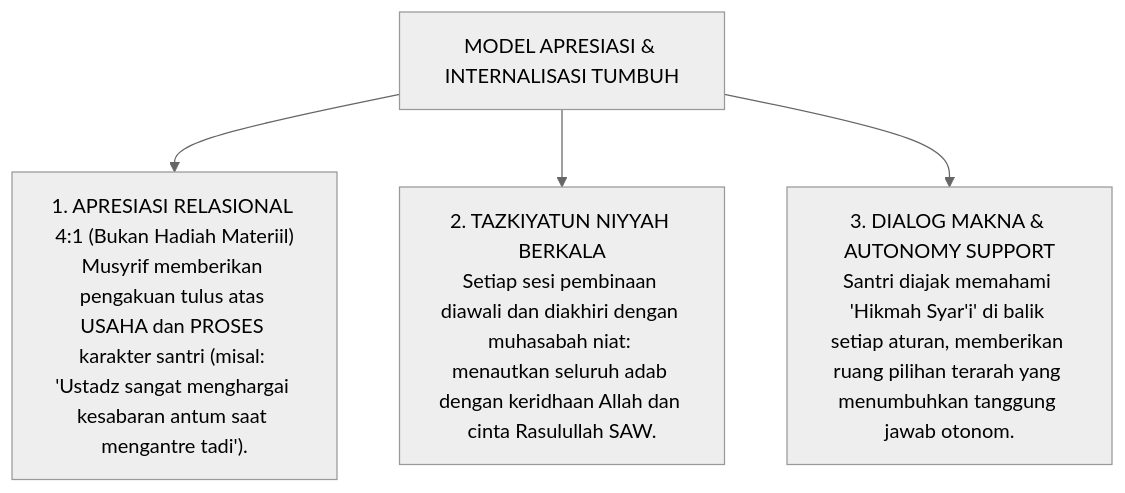
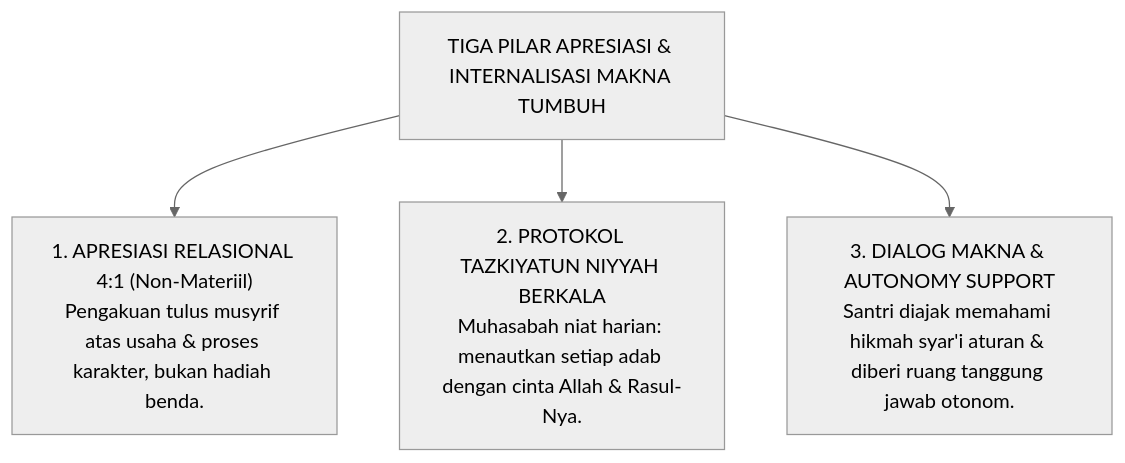
Before and after one commit to wandiapriliyandi/tumbuh: the fourth of 4 diagrams in BOOK-SERIES/Volume-01/Bab-01-Krisis-Karakter-dan-Urgensi-Rekonstruksi/04-Kelemahan-Behaviorisme-Sekuler-dan-Kehampaan-Ruhani.md, drawn with Mermaid (neutral theme). The commit also changed other lines of this file, not shown here.

Commit message:
docs(bab-1.4): rekonstruksi mendalam kritik behaviorisme sekuler, overjustification effect, dan kemurnian ikhlas Turats Al-Ghazali

````diff
--- a/BOOK-SERIES/Volume-01/Bab-01-Krisis-Karakter-dan-Urgensi-Rekonstruksi/04-Kelemahan-Behaviorisme-Sekuler-dan-Kehampaan-Ruhani.md
+++ b/BOOK-SERIES/Volume-01/Bab-01-Krisis-Karakter-dan-Urgensi-Rekonstruksi/04-Kelemahan-Behaviorisme-Sekuler-dan-Kehampaan-Ruhani.md
@@ -102,10 +140,10 @@
 ```mermaid
 graph TD
-    ModelTUMBUH["MODEL APRESIASI & INTERNALISASI TUMBUH"]
+    RootModel["TIGA PILAR APRESIASI & INTERNALISASI MAKNA TUMBUH"]
     
-    ModelTUMBUH --> Pilar1["1. APRESIASI RELASIONAL 4:1 (Bukan Hadiah Materiil)<br/>Musyrif memberikan pengakuan tulus atas USAHA dan PROSES karakter santri (misal: 'Ustadz sangat menghargai kesabaran antum saat mengantre tadi')."]
+    RootModel --> P1["1. APRESIASI RELASIONAL 4:1 (Non-Materiil)<br/>Pengakuan tulus musyrif atas usaha & proses karakter, bukan hadiah benda."]
     
-    ModelTUMBUH --> Pilar2["2. TAZKIYATUN NIYYAH BERKALA<br/>Setiap sesi pembinaan diawali dan diakhiri dengan muhasabah niat: menautkan seluruh adab dengan keridhaan Allah dan cinta Rasulullah SAW."]
+    RootModel --> P2["2. PROTOKOL TAZKIYATUN NIYYAH BERKALA<br/>Muhasabah niat harian: menautkan setiap adab dengan cinta Allah & Rasul-Nya."]
     
-    ModelTUMBUH --> Pilar3["3. DIALOG MAKNA & AUTONOMY SUPPORT<br/>Santri diajak memahami 'Hikmah Syar'i' di balik setiap aturan, memberikan ruang pilihan terarah yang menumbuhkan tanggung jawab otonom."]
+    RootModel --> P3["3. DIALOG MAKNA & AUTONOMY SUPPORT<br/>Santri diajak memahami hikmah syar'i aturan & diberi ruang tanggung jawab otonom."]
 ```
````
